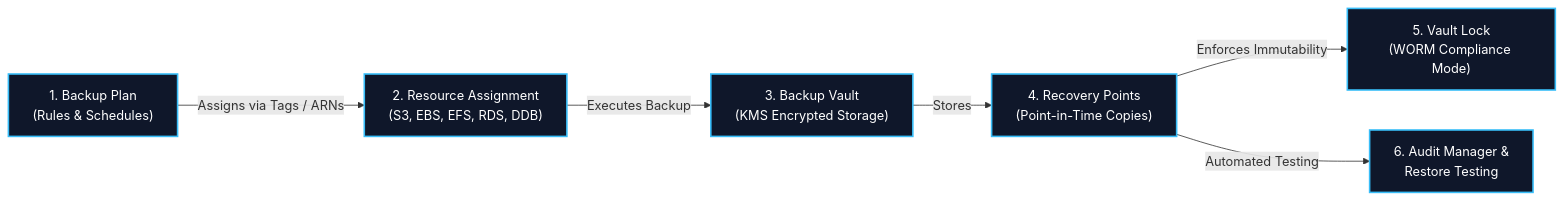
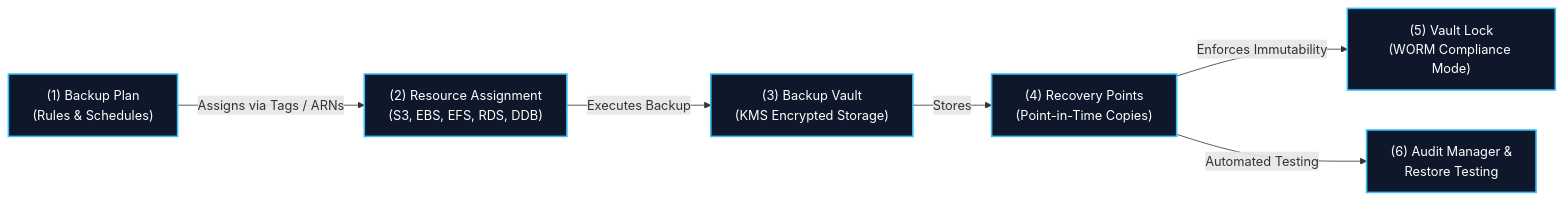
One commit to Wathon/aws-dea-c01-note changed the second of 6 diagrams in content/02-services/security-governance/aws-backup.md. Above: the diagram before and after it, drawn with Mermaid. The commit also changed other lines of this file and 19 other files, not shown here.

Commit message:
fix(mermaid): resolve 'Unsupported markdown: list' rendering issues across all diagram node and edge labels

````diff
--- a/content/02-services/security-governance/aws-backup.md
+++ b/content/02-services/security-governance/aws-backup.md
@@ -86,11 +86,11 @@
 ```mermaid
 graph LR
-    Plan["1. Backup Plan<br/>(Rules & Schedules)"] -->|"Assigns via Tags / ARNs"| Resources["2. Resource Assignment<br/>(S3, EBS, EFS, RDS, DDB)"]
-    Resources -->|"Executes Backup"| Vault["3. Backup Vault<br/>(KMS Encrypted Storage)"]
-    Vault -->|"Stores"| Points["4. Recovery Points<br/>(Point-in-Time Copies)"]
-    Points -->|"Enforces Immutability"| Lock["5. Vault Lock<br/>(WORM Compliance Mode)"]
-    Points -->|"Automated Testing"| Audit["6. Audit Manager &<br/>Restore Testing"]
+    Plan["(1) Backup Plan<br/>(Rules & Schedules)"] -->|"Assigns via Tags / ARNs"| Resources["(2) Resource Assignment<br/>(S3, EBS, EFS, RDS, DDB)"]
+    Resources -->|"Executes Backup"| Vault["(3) Backup Vault<br/>(KMS Encrypted Storage)"]
+    Vault -->|"Stores"| Points["(4) Recovery Points<br/>(Point-in-Time Copies)"]
+    Points -->|"Enforces Immutability"| Lock["(5) Vault Lock<br/>(WORM Compliance Mode)"]
+    Points -->|"Automated Testing"| Audit["(6) Audit Manager &<br/>Restore Testing"]
 
     classDef comp fill:#0f172a,stroke:#38bdf8,stroke-width:2px,color:#fff;
     class Plan,Resources,Vault,Points,Lock,Audit comp;
 ```
````
